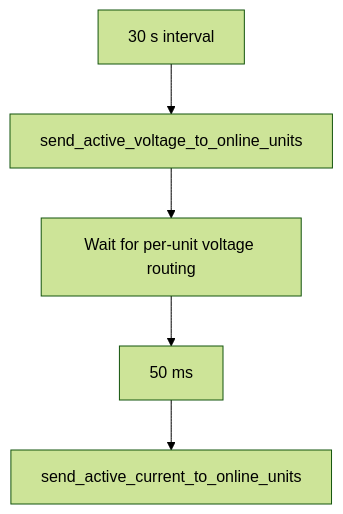
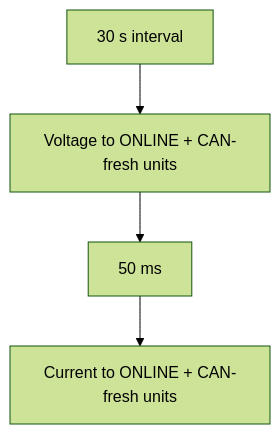
One commit to anwa/esphome-r4875g1-3phase-charger changed diagram 13 of 20 in R4875G1_CONTROL_FLOWS.md. Above: the diagram before and after it, drawn with Mermaid (forest theme). The commit also changed other lines of this file, not shown here.

````diff
--- a/R4875G1_CONTROL_FLOWS.md
+++ b/R4875G1_CONTROL_FLOWS.md
@@ -530,7 +434,6 @@
 ```mermaid
 flowchart TD
-    A[30 s interval] --> B[send_active_voltage_to_online_units]
-    B --> C[Wait for per-unit voltage routing]
-    C --> D[50 ms]
-    D --> E[send_active_current_to_online_units]
+    A[30 s interval] --> B[Voltage to ONLINE + CAN-fresh units]
+    B --> C[50 ms]
+    C --> D[Current to ONLINE + CAN-fresh units]
 ```
````
